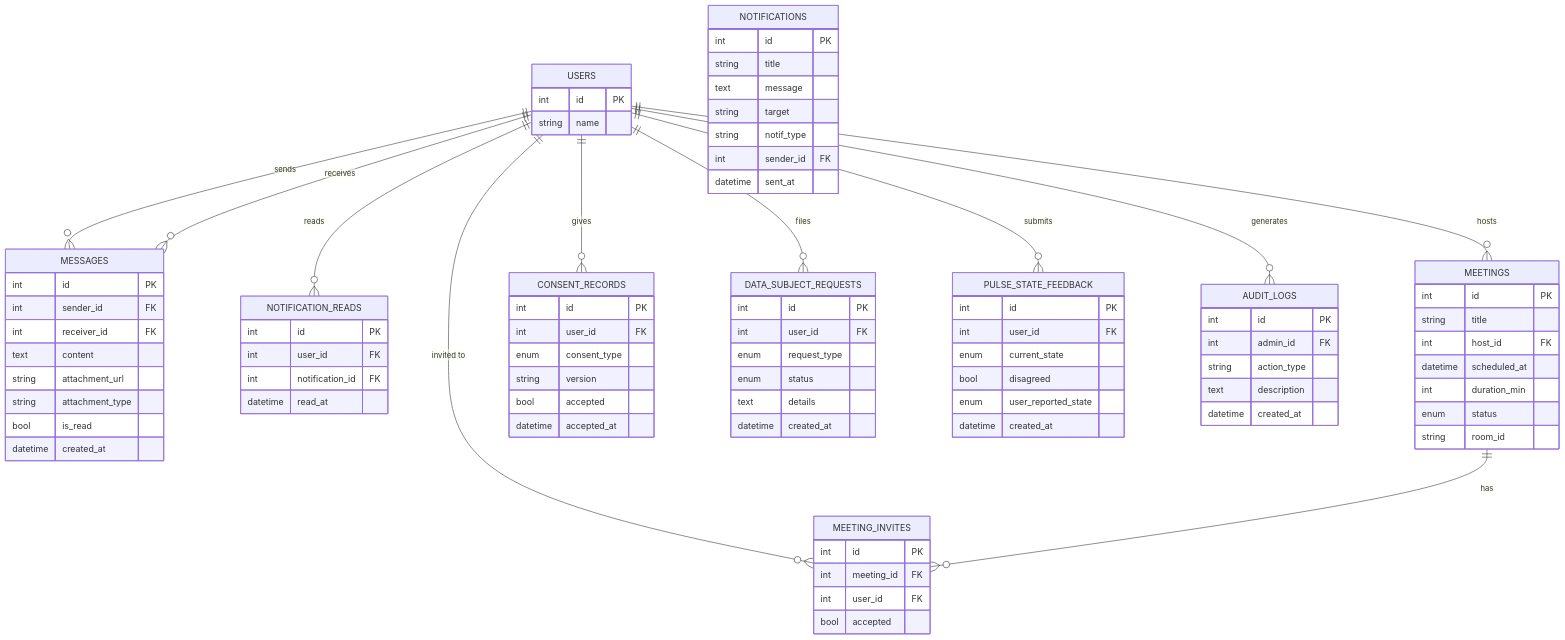
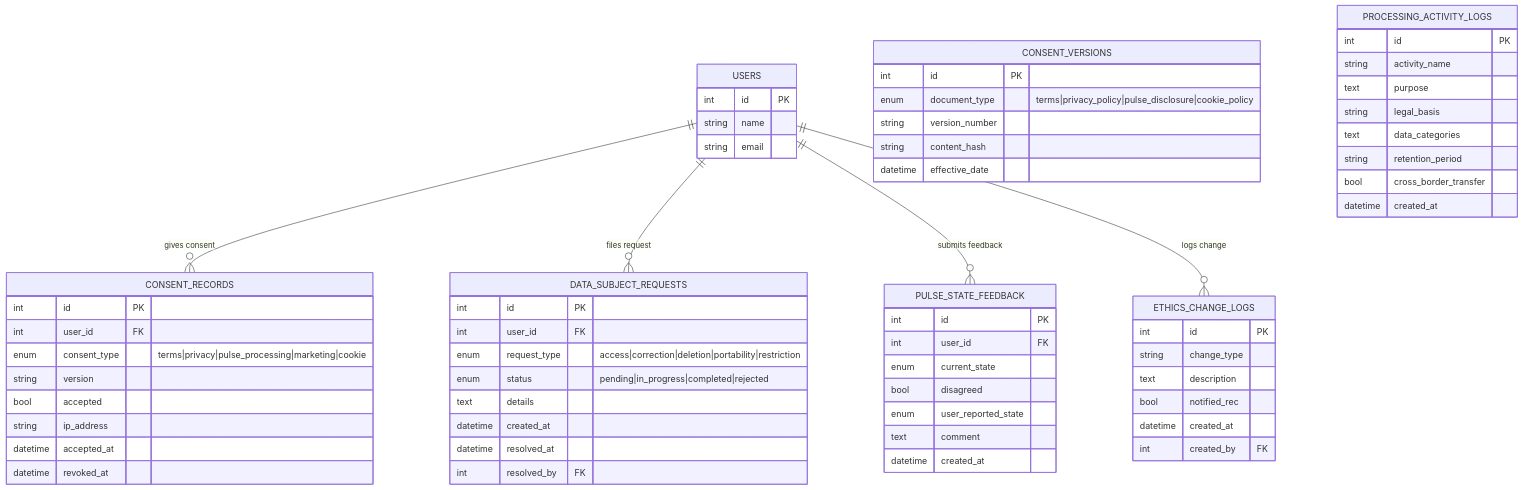
Before and after one commit to ngabo-dev/fluentfusion.v1: the eighth of 9 diagrams in DIAGRAMS.md, drawn with Mermaid. The commit also changed other lines of this file, not shown here.

First line of the commit message:
docs: completely revise all diagrams — complete, clear, report-ready

````diff
--- a/DIAGRAMS.md
+++ b/DIAGRAMS.md
@@ -374,69 +607,29 @@
     USERS {
         int id PK
         string name
-    }
-
-    MESSAGES {
-        int id PK
-        int sender_id FK
-        int receiver_id FK
-        text content
-        string attachment_url
-        string attachment_type
-        bool is_read
-        datetime created_at
-    }
-
-    NOTIFICATIONS {
-        int id PK
-        string title
-        text message
-        string target
-        string notif_type
-        int sender_id FK
-        datetime sent_at
-    }
-
-    NOTIFICATION_READS {
-        int id PK
-        int user_id FK
-        int notification_id FK
-        datetime read_at
-    }
-
-    MEETINGS {
-        int id PK
-        string title
-        int host_id FK
-        datetime scheduled_at
-        int duration_min
-        enum status
-        string room_id
-    }
-
-    MEETING_INVITES {
-        int id PK
-        int meeting_id FK
-        int user_id FK
-        bool accepted
+        string email
     }
 
     CONSENT_RECORDS {
         int id PK
         int user_id FK
-        enum consent_type
+        enum consent_type "terms|privacy|pulse_processing|marketing|cookie"
         string version
         bool accepted
+        string ip_address
         datetime accepted_at
+        datetime revoked_at
     }
 
     DATA_SUBJECT_REQUESTS {
         int id PK
         int user_id FK
-        enum request_type
-        enum status
+        enum request_type "access|correction|deletion|portability|restriction"
+        enum status "pending|in_progress|completed|rejected"
         text details
         datetime created_at
+        datetime resolved_at
+        int resolved_by FK
     }
 
     PULSE_STATE_FEEDBACK {
@@ -445,25 +638,40 @@
         enum current_state
         bool disagreed
         enum user_reported_state
+        text comment
         datetime created_at
     }
 
-    AUDIT_LOGS {
+    CONSENT_VERSIONS {
         int id PK
-        int admin_id FK
-        string action_type
-        text description
+        enum document_type "terms|privacy_policy|pulse_disclosure|cookie_policy"
+        string version_number
+        string content_hash
+        datetime effective_date
+    }
+
+    PROCESSING_ACTIVITY_LOGS {
+        int id PK
+        string activity_name
+        text purpose
+        string legal_basis
+        text data_categories
+        string retention_period
+        bool cross_border_transfer
         datetime created_at
     }
 
-    USERS ||--o{ MESSAGES : "sends"
-    USERS ||--o{ MESSAGES : "receives"
-    USERS ||--o{ NOTIFICATION_READS : "reads"
-    USERS ||--o{ MEETINGS : "hosts"
-    USERS ||--o{ MEETING_INVITES : "invited to"
-    MEETINGS ||--o{ MEETING_INVITES : "has"
-    USERS ||--o{ CONSENT_RECORDS : "gives"
-    USERS ||--o{ DATA_SUBJECT_REQUESTS : "files"
-    USERS ||--o{ PULSE_STATE_FEEDBACK : "submits"
-    USERS ||--o{ AUDIT_LOGS : "generates"
+    ETHICS_CHANGE_LOGS {
+        int id PK
+        string change_type
+        text description
+        bool notified_rec
+        datetime created_at
+        int created_by FK
+    }
+
+    USERS ||--o{ CONSENT_RECORDS : "gives consent"
+    USERS ||--o{ DATA_SUBJECT_REQUESTS : "files request"
+    USERS ||--o{ PULSE_STATE_FEEDBACK : "submits feedback"
+    USERS ||--o{ ETHICS_CHANGE_LOGS : "logs change"
 ```
````
